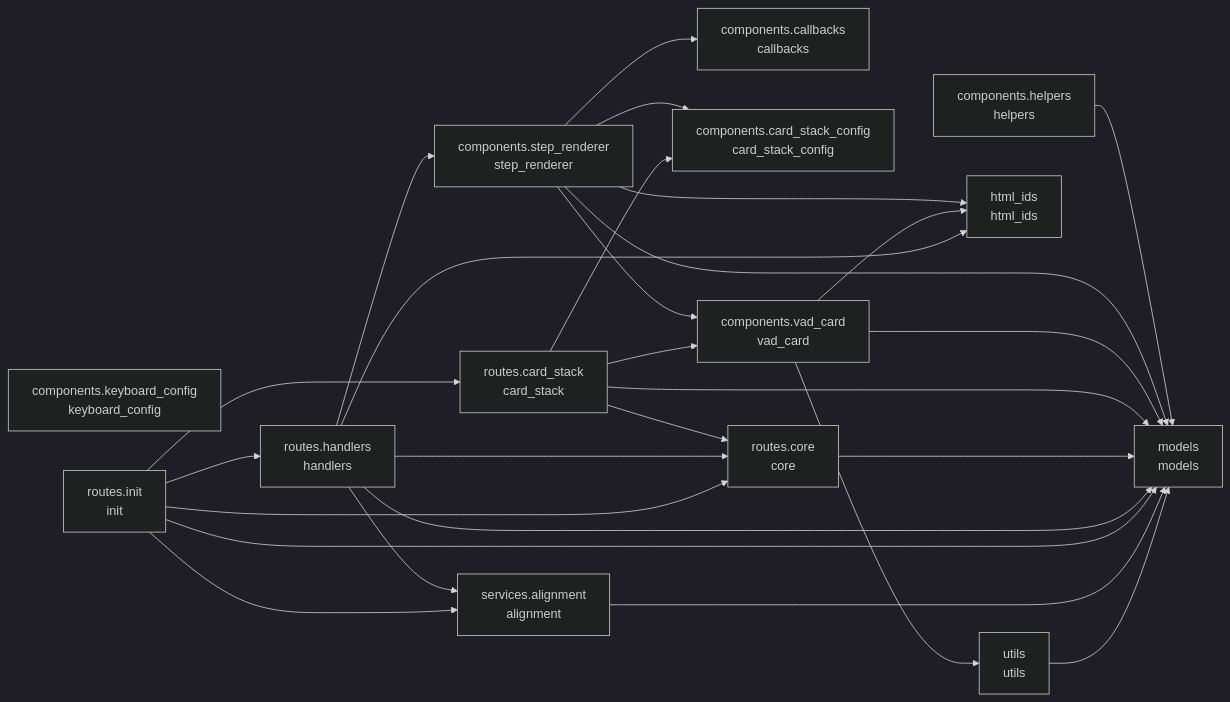
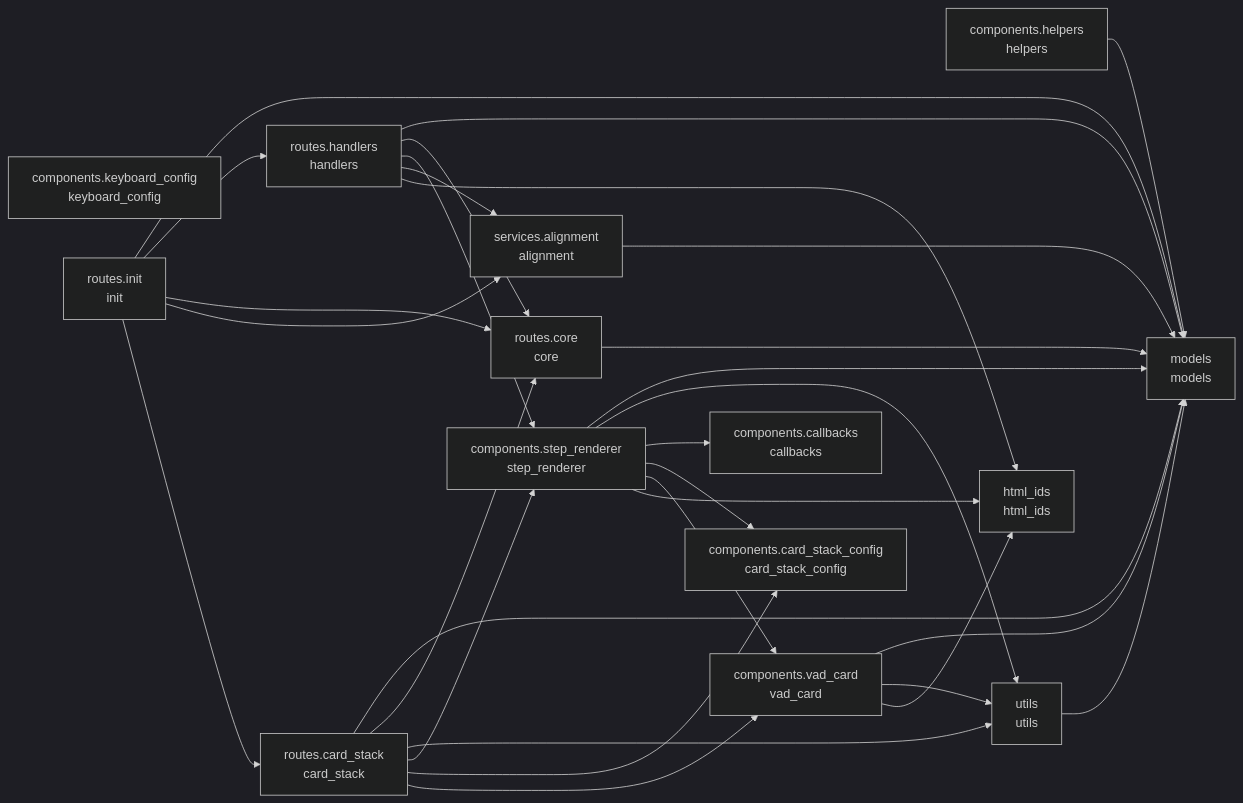
One commit to cj-mills/cjm-transcript-vad-align changed the diagram in README.md. Above: the diagram before and after it, drawn with Mermaid (dark theme). The commit also changed other lines of this file and 17 other files, not shown here.

````diff
--- a/README.md
+++ b/README.md
@@ -37,44 +37,47 @@
 ``` mermaid
 graph LR
     components_callbacks[components.callbacks<br/>callbacks]
     components_card_stack_config[components.card_stack_config<br/>card_stack_config]
     components_helpers[components.helpers<br/>helpers]
     components_keyboard_config[components.keyboard_config<br/>keyboard_config]
     components_step_renderer[components.step_renderer<br/>step_renderer]
     components_vad_card[components.vad_card<br/>vad_card]
     html_ids[html_ids<br/>html_ids]
     models[models<br/>models]
     routes_card_stack[routes.card_stack<br/>card_stack]
     routes_core[routes.core<br/>core]
     routes_handlers[routes.handlers<br/>handlers]
     routes_init[routes.init<br/>init]
     services_alignment[services.alignment<br/>alignment]
     utils[utils<br/>utils]
 
     components_helpers --> models
+    components_step_renderer --> models
+    components_step_renderer --> utils
+    components_step_renderer --> components_callbacks
     components_step_renderer --> components_card_stack_config
+    components_step_renderer --> components_vad_card
     components_step_renderer --> html_ids
-    components_step_renderer --> components_callbacks
-    components_step_renderer --> components_vad_card
-    components_step_renderer --> models
+    components_vad_card --> models
+    components_vad_card --> utils
     components_vad_card --> html_ids
-    components_vad_card --> utils
-    components_vad_card --> models
+    routes_card_stack --> models
     routes_card_stack --> routes_core
+    routes_card_stack --> utils
+    routes_card_stack --> components_step_renderer
     routes_card_stack --> components_card_stack_config
     routes_card_stack --> components_vad_card
-    routes_card_stack --> models
     routes_core --> models
+    routes_handlers --> models
     routes_handlers --> routes_core
+    routes_handlers --> components_step_renderer
     routes_handlers --> services_alignment
     routes_handlers --> html_ids
-    routes_handlers --> components_step_renderer
-    routes_handlers --> models
+    routes_init --> models
     routes_init --> routes_handlers
+    routes_init --> routes_core
     routes_init --> services_alignment
     routes_init --> routes_card_stack
-    routes_init --> models
-    routes_init --> routes_core
     services_alignment --> models
     utils --> models
 ```
````
